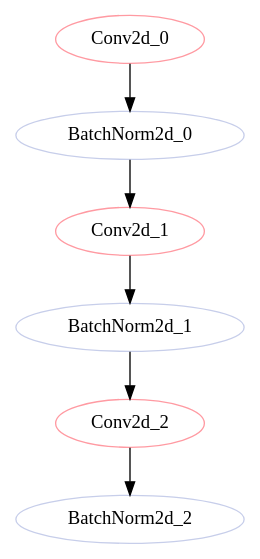
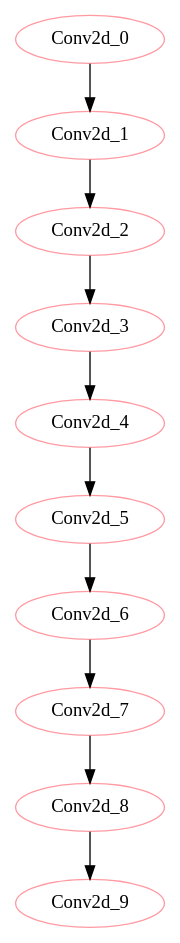
The diagram in dags/mobilenet_v2_memory_features_1_conv_0_0_op.dot (11222-Meng/DNN_Bottlen_Layer_Analysis), drawn with Graphviz before and after one commit. The commit also changed 124 other files, not shown here.

```diff
--- a/dags/mobilenet_v2_memory_features_1_conv_0_0_op.dot
+++ b/dags/mobilenet_v2_memory_features_1_conv_0_0_op.dot
@@ -1,31 +1,51 @@
 strict digraph "" {
 	Conv2d_0	[color="#FF9AA2",
 		layer_name="features.0.0",
 		params=864,
 		type=Conv2d];
-	BatchNorm2d_0	[color="#C7CEEA",
-		layer_name="features.0.1",
-		params=64,
-		type=BatchNorm2d];
-	Conv2d_0 -> BatchNorm2d_0;
 	Conv2d_1	[color="#FF9AA2",
 		layer_name="features.1.conv.0.0",
 		params=288,
 		type=Conv2d];
-	BatchNorm2d_0 -> Conv2d_1;
-	BatchNorm2d_1	[color="#C7CEEA",
-		layer_name="features.1.conv.0.1",
-		params=64,
-		type=BatchNorm2d];
-	Conv2d_1 -> BatchNorm2d_1;
+	Conv2d_0 -> Conv2d_1;
 	Conv2d_2	[color="#FF9AA2",
 		layer_name="features.1.conv.1",
 		params=512,
 		type=Conv2d];
-	BatchNorm2d_1 -> Conv2d_2;
-	BatchNorm2d_2	[color="#C7CEEA",
-		layer_name="features.1.conv.2",
-		params=32,
-		type=BatchNorm2d];
-	Conv2d_2 -> BatchNorm2d_2;
+	Conv2d_1 -> Conv2d_2;
+	Conv2d_3	[color="#FF9AA2",
+		layer_name="features.2.conv.0.0",
+		params=1536,
+		type=Conv2d];
+	Conv2d_2 -> Conv2d_3;
+	Conv2d_4	[color="#FF9AA2",
+		layer_name="features.2.conv.1.0",
+		params=864,
+		type=Conv2d];
+	Conv2d_3 -> Conv2d_4;
+	Conv2d_5	[color="#FF9AA2",
+		layer_name="features.2.conv.2",
+		params=2304,
+		type=Conv2d];
+	Conv2d_4 -> Conv2d_5;
+	Conv2d_6	[color="#FF9AA2",
+		layer_name="features.3.conv.0.0",
+		params=3456,
+		type=Conv2d];
+	Conv2d_5 -> Conv2d_6;
+	Conv2d_7	[color="#FF9AA2",
+		layer_name="features.3.conv.1.0",
+		params=1296,
+		type=Conv2d];
+	Conv2d_6 -> Conv2d_7;
+	Conv2d_8	[color="#FF9AA2",
+		layer_name="features.3.conv.2",
+		params=3456,
+		type=Conv2d];
+	Conv2d_7 -> Conv2d_8;
+	Conv2d_9	[color="#FF9AA2",
+		layer_name="features.4.conv.0.0",
+		params=3456,
+		type=Conv2d];
+	Conv2d_8 -> Conv2d_9;
 }
```
